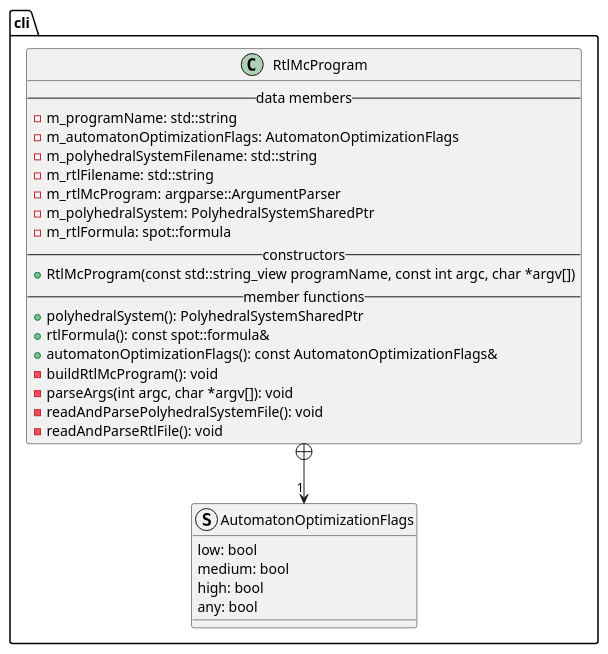
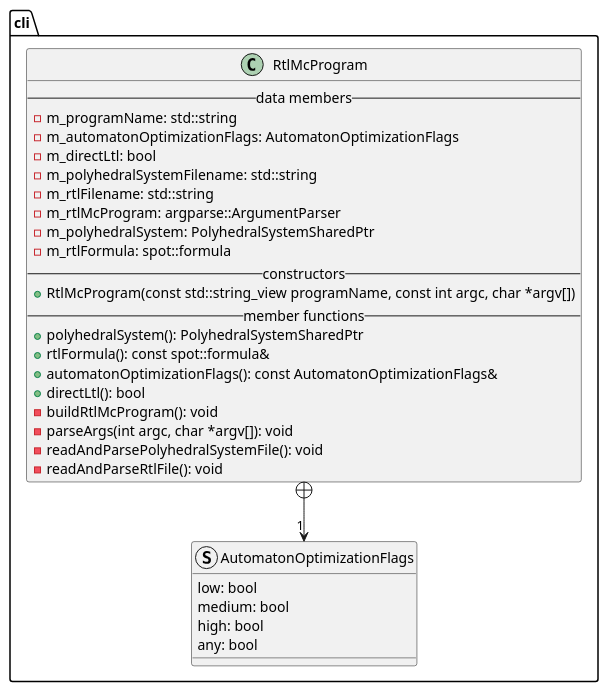
The diagram in docs/plantuml/cli.puml (vtramo/rtl-mc), drawn with PlantUML before and after one commit. The commit also changed 3 other files, not shown here.

Commit message:
docs: update uml diagrams

```diff
--- a/docs/plantuml/cli.puml
+++ b/docs/plantuml/cli.puml
@@ -1,35 +1,37 @@
 @startuml
 
 package cli {
     class RtlMcProgram {
         --data members--
         -m_programName: std::string
         -m_automatonOptimizationFlags: AutomatonOptimizationFlags
+        -m_directLtl: bool
         -m_polyhedralSystemFilename: std::string
         -m_rtlFilename: std::string
         -m_rtlMcProgram: argparse::ArgumentParser
         -m_polyhedralSystem: PolyhedralSystemSharedPtr
         -m_rtlFormula: spot::formula
         --constructors--
         +RtlMcProgram(const std::string_view programName, const int argc, char *argv[])
         --member functions--
         +polyhedralSystem(): PolyhedralSystemSharedPtr
         +rtlFormula(): const spot::formula&
         +automatonOptimizationFlags(): const AutomatonOptimizationFlags&
+        +directLtl(): bool
         -buildRtlMcProgram(): void
         -parseArgs(int argc, char *argv[]): void
         -readAndParsePolyhedralSystemFile(): void
         -readAndParseRtlFile(): void
     }
 
     struct AutomatonOptimizationFlags {
         low: bool
         medium: bool
         high: bool
         any: bool
     }
 }
 
 RtlMcProgram +--> "1" AutomatonOptimizationFlags
 
 @enduml
```
